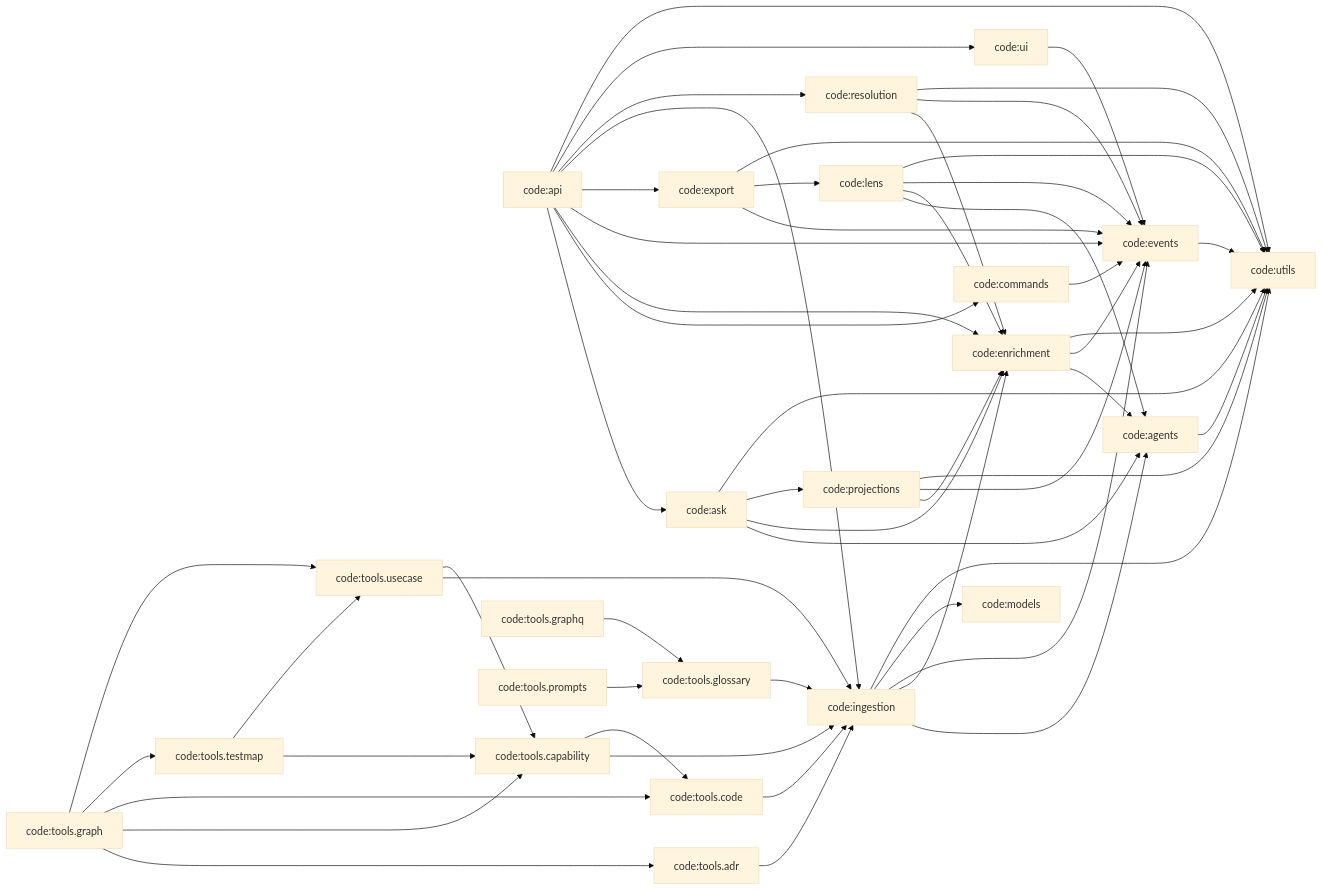
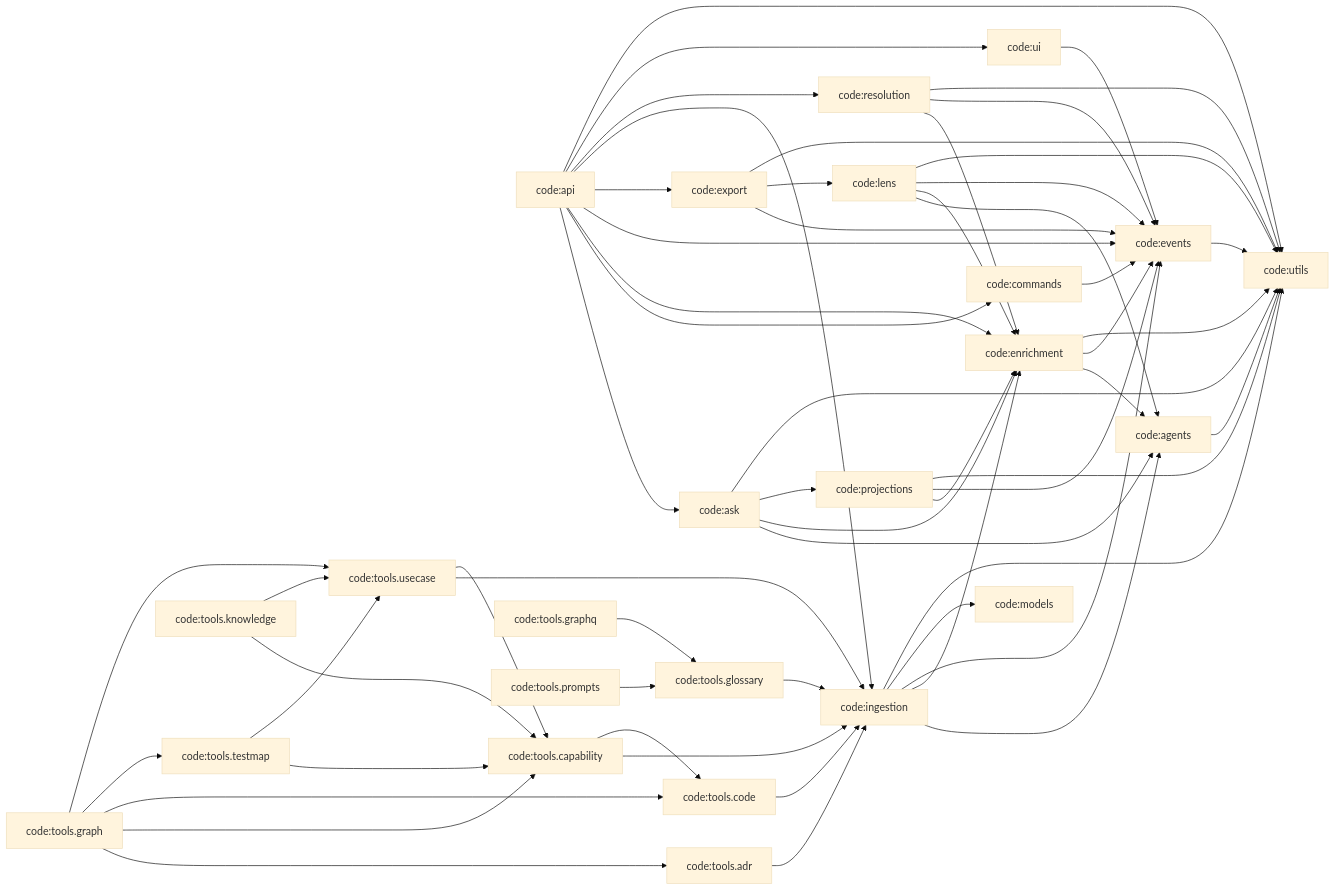
One commit to DigitalCowboyN/interview_analyzer_chaining changed the third of 7 diagrams in docs/graph/graph.md. Above: the diagram before and after it, drawn with Mermaid (base theme). The commit also changed 10 other files, not shown here.

````diff
--- a/docs/graph/graph.md
+++ b/docs/graph/graph.md
@@ -145,57 +145,59 @@
 ```mermaid
 graph LR
     n_code_agents["code:agents"] --> n_code_utils["code:utils"]
     n_code_api["code:api"] --> n_code_ask["code:ask"]
     n_code_api["code:api"] --> n_code_commands["code:commands"]
     n_code_api["code:api"] --> n_code_enrichment["code:enrichment"]
     n_code_api["code:api"] --> n_code_events["code:events"]
     n_code_api["code:api"] --> n_code_export["code:export"]
     n_code_api["code:api"] --> n_code_ingestion["code:ingestion"]
     n_code_api["code:api"] --> n_code_resolution["code:resolution"]
     n_code_api["code:api"] --> n_code_ui["code:ui"]
     n_code_api["code:api"] --> n_code_utils["code:utils"]
     n_code_ask["code:ask"] --> n_code_agents["code:agents"]
     n_code_ask["code:ask"] --> n_code_enrichment["code:enrichment"]
     n_code_ask["code:ask"] --> n_code_projections["code:projections"]
     n_code_ask["code:ask"] --> n_code_utils["code:utils"]
     n_code_commands["code:commands"] --> n_code_events["code:events"]
     n_code_enrichment["code:enrichment"] --> n_code_agents["code:agents"]
     n_code_enrichment["code:enrichment"] --> n_code_events["code:events"]
     n_code_enrichment["code:enrichment"] --> n_code_utils["code:utils"]
     n_code_events["code:events"] --> n_code_utils["code:utils"]
     n_code_export["code:export"] --> n_code_events["code:events"]
     n_code_export["code:export"] --> n_code_lens["code:lens"]
     n_code_export["code:export"] --> n_code_utils["code:utils"]
     n_code_ingestion["code:ingestion"] --> n_code_agents["code:agents"]
     n_code_ingestion["code:ingestion"] --> n_code_enrichment["code:enrichment"]
     n_code_ingestion["code:ingestion"] --> n_code_events["code:events"]
     n_code_ingestion["code:ingestion"] --> n_code_models["code:models"]
     n_code_ingestion["code:ingestion"] --> n_code_utils["code:utils"]
     n_code_lens["code:lens"] --> n_code_agents["code:agents"]
     n_code_lens["code:lens"] --> n_code_enrichment["code:enrichment"]
     n_code_lens["code:lens"] --> n_code_events["code:events"]
     n_code_lens["code:lens"] --> n_code_utils["code:utils"]
     n_code_projections["code:projections"] --> n_code_enrichment["code:enrichment"]
     n_code_projections["code:projections"] --> n_code_events["code:events"]
     n_code_projections["code:projections"] --> n_code_utils["code:utils"]
     n_code_resolution["code:resolution"] --> n_code_enrichment["code:enrichment"]
     n_code_resolution["code:resolution"] --> n_code_events["code:events"]
     n_code_resolution["code:resolution"] --> n_code_utils["code:utils"]
     n_code_tools_adr["code:tools.adr"] --> n_code_ingestion["code:ingestion"]
     n_code_tools_capability["code:tools.capability"] --> n_code_ingestion["code:ingestion"]
     n_code_tools_capability["code:tools.capability"] --> n_code_tools_code["code:tools.code"]
     n_code_tools_code["code:tools.code"] --> n_code_ingestion["code:ingestion"]
     n_code_tools_glossary["code:tools.glossary"] --> n_code_ingestion["code:ingestion"]
     n_code_tools_graph["code:tools.graph"] --> n_code_tools_adr["code:tools.adr"]
     n_code_tools_graph["code:tools.graph"] --> n_code_tools_capability["code:tools.capability"]
     n_code_tools_graph["code:tools.graph"] --> n_code_tools_code["code:tools.code"]
     n_code_tools_graph["code:tools.graph"] --> n_code_tools_testmap["code:tools.testmap"]
     n_code_tools_graph["code:tools.graph"] --> n_code_tools_usecase["code:tools.usecase"]
     n_code_tools_graphq["code:tools.graphq"] --> n_code_tools_glossary["code:tools.glossary"]
+    n_code_tools_knowledge["code:tools.knowledge"] --> n_code_tools_capability["code:tools.capability"]
+    n_code_tools_knowledge["code:tools.knowledge"] --> n_code_tools_usecase["code:tools.usecase"]
     n_code_tools_prompts["code:tools.prompts"] --> n_code_tools_glossary["code:tools.glossary"]
     n_code_tools_testmap["code:tools.testmap"] --> n_code_tools_capability["code:tools.capability"]
     n_code_tools_testmap["code:tools.testmap"] --> n_code_tools_usecase["code:tools.usecase"]
     n_code_tools_usecase["code:tools.usecase"] --> n_code_ingestion["code:ingestion"]
     n_code_tools_usecase["code:tools.usecase"] --> n_code_tools_capability["code:tools.capability"]
     n_code_ui["code:ui"] --> n_code_events["code:events"]
 ```
````
